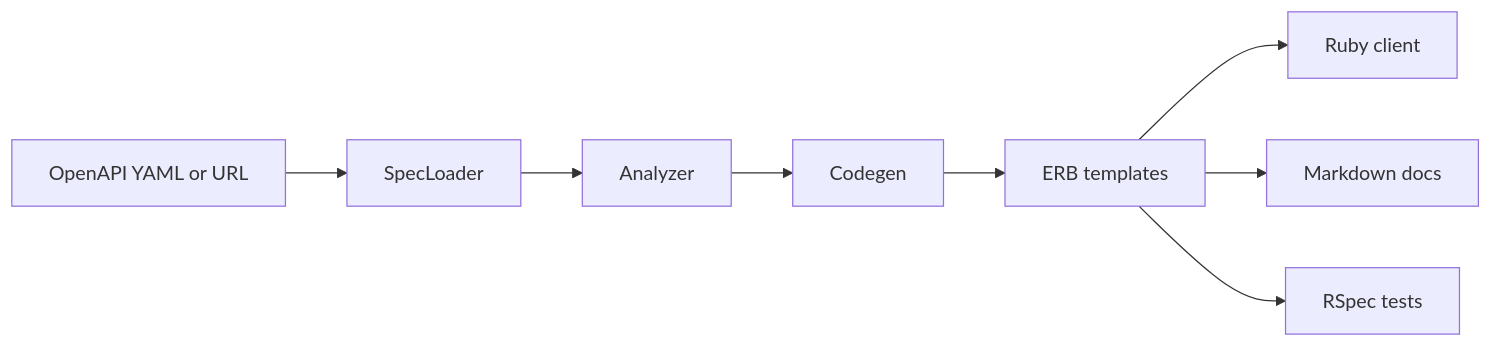
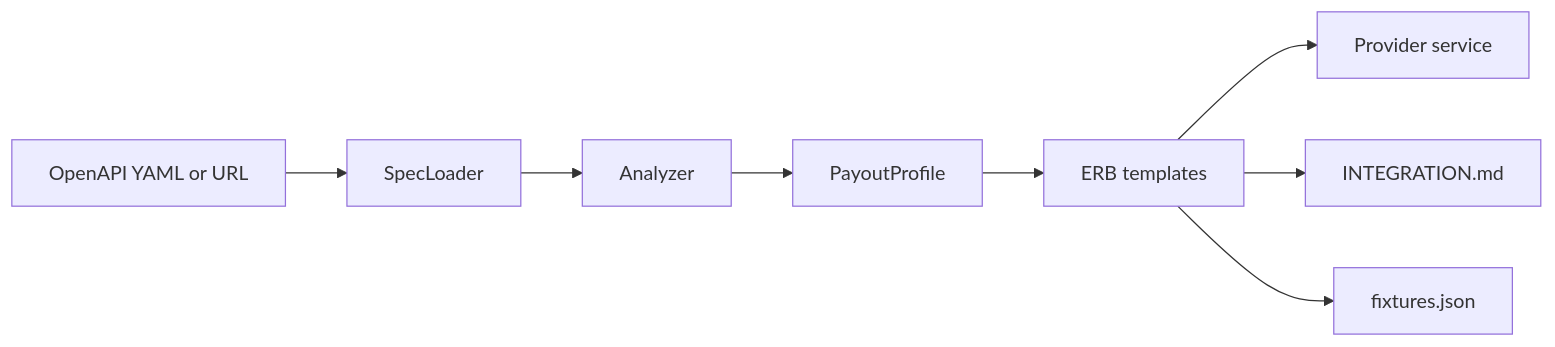
One commit to stengachanga/RubyRoad changed the diagram in STUDENTS.md. Above: the diagram before and after it, drawn with Mermaid. The commit also changed other lines of this file and 24 other files, not shown here.

First line of the commit message:
Retarget RubyRoad to the Space Payments provider-service brief

````diff
--- a/STUDENTS.md
+++ b/STUDENTS.md
@@ -57,10 +67,10 @@
 ```mermaid
 flowchart LR
   spec[OpenAPI YAML or URL] --> loader[SpecLoader]
   loader --> analyzer[Analyzer]
-  analyzer --> codegen[Codegen]
-  codegen --> erb[ERB templates]
-  erb --> client[Ruby client]
-  erb --> docs[Markdown docs]
-  erb --> tests[RSpec tests]
+  analyzer --> profile[PayoutProfile]
+  profile --> erb[ERB templates]
+  erb --> service[Provider service]
+  erb --> docs[INTEGRATION.md]
+  erb --> fixtures[fixtures.json]
 ```
````
